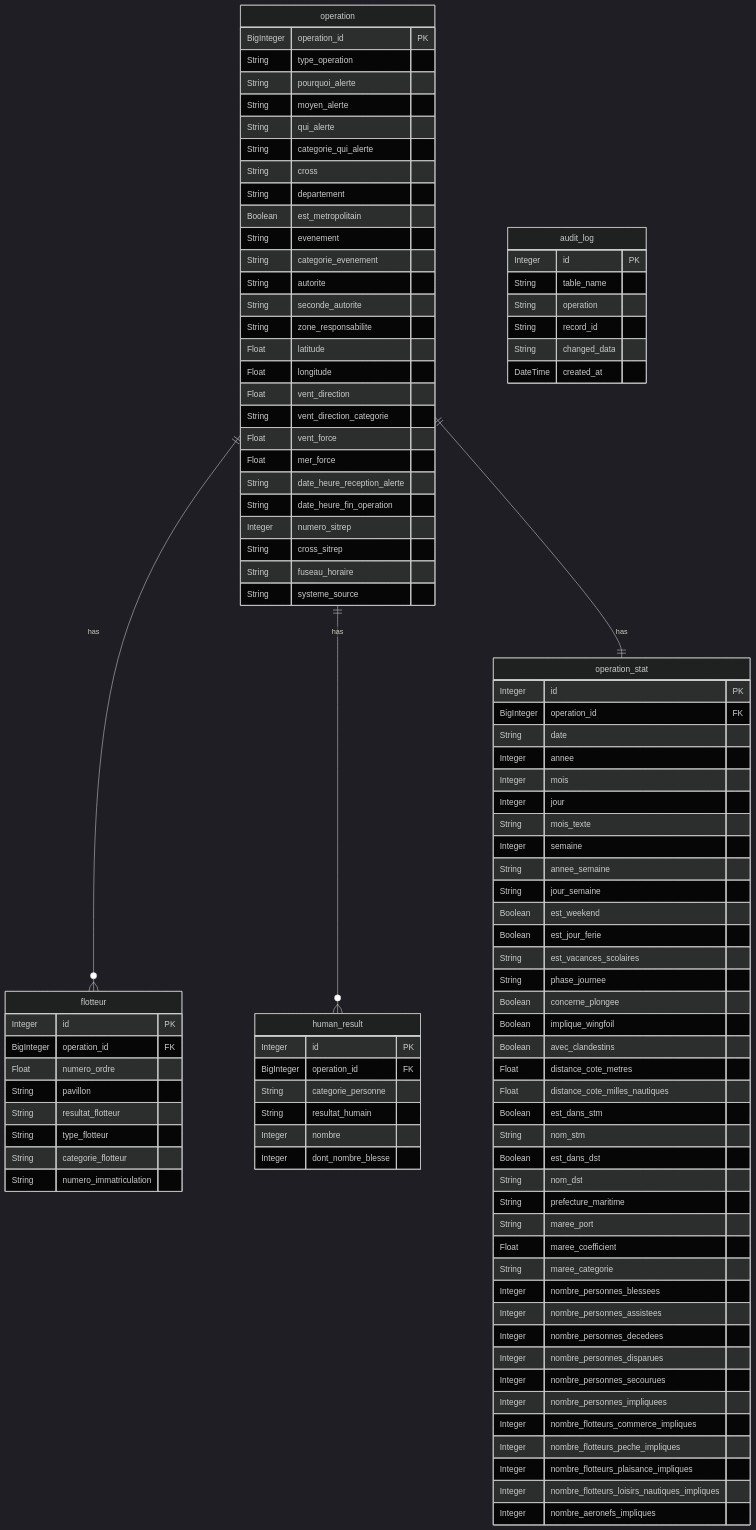
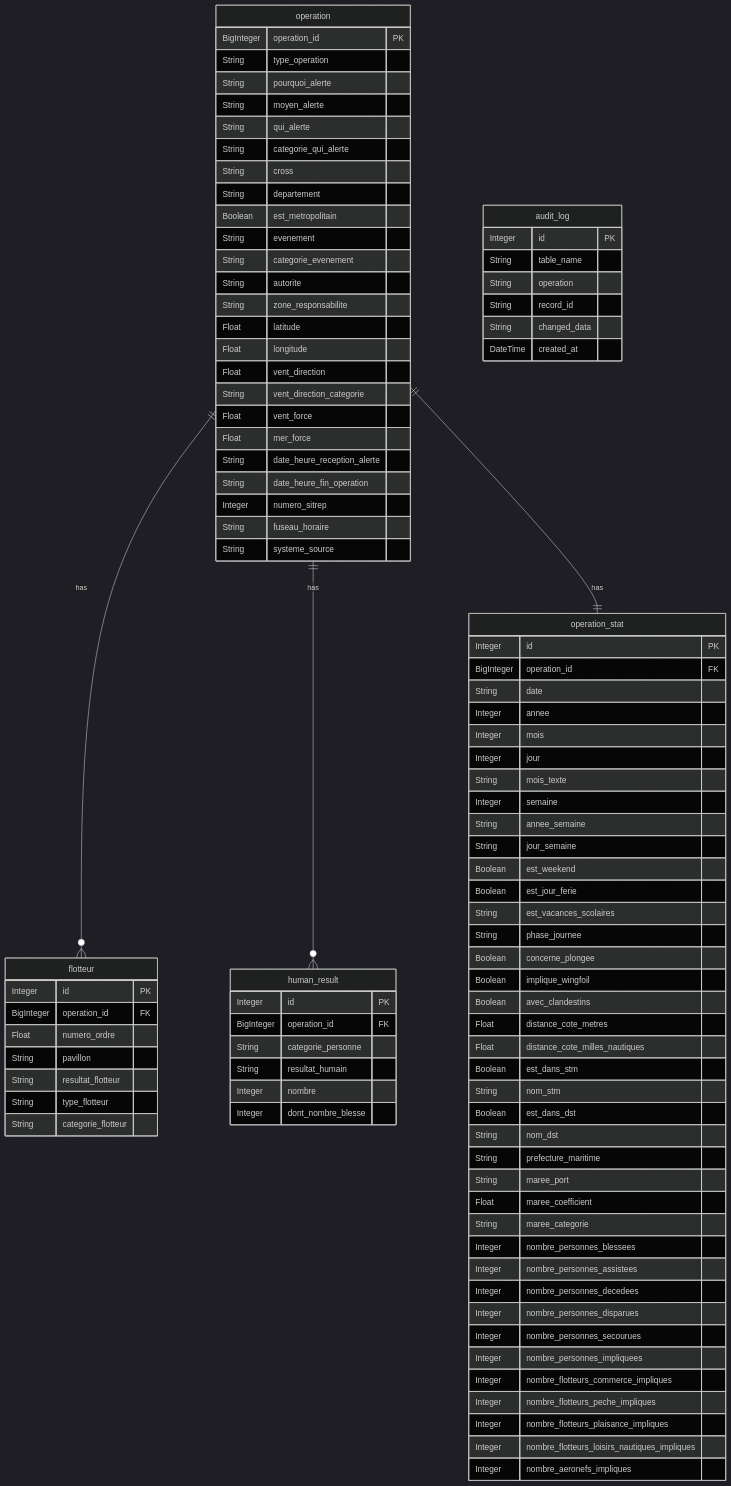
Before and after one commit to SIMPLON-DIST-DATA-P2-192997/CRUD_CROSS: the diagram in README.md, drawn with Mermaid (dark theme). The commit also changed 13 other files, not shown here.

```diff
--- a/README.md
+++ b/README.md
@@ -28,7 +28,6 @@
         String evenement
         String categorie_evenement
         String autorite
-        String seconde_autorite
         String zone_responsabilite
         Float latitude
         Float longitude
@@ -39,7 +38,6 @@
         String date_heure_reception_alerte
         String date_heure_fin_operation
         Integer numero_sitrep
-        String cross_sitrep
         String fuseau_horaire
         String systeme_source
     }
@@ -52,7 +50,6 @@
         String resultat_flotteur
         String type_flotteur
         String categorie_flotteur
-        String numero_immatriculation
     }
 
     human_result {
```
